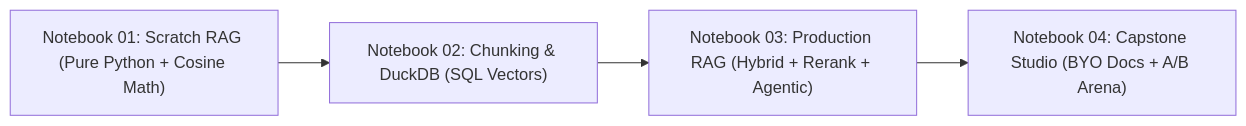
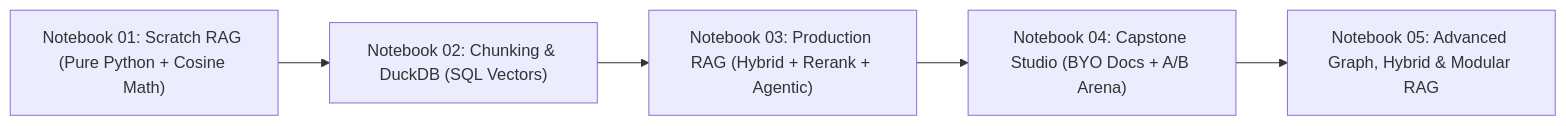
One commit to NewGuy012/rag-tutor changed the second of 2 diagrams in README.md. Above: the diagram before and after it, drawn with Mermaid. The commit also changed other lines of this file and 1 other file, not shown here.

Commit message:
docs: add Advanced Graph, Hybrid & Modular RAG section to guide and README

````diff
--- a/README.md
+++ b/README.md
@@ -54,6 +55,7 @@
 ```mermaid
 flowchart LR
     N1["Notebook 01: Scratch RAG (Pure Python + Cosine Math)"] --> N2["Notebook 02: Chunking & DuckDB (SQL Vectors)"]
     N2 --> N3["Notebook 03: Production RAG (Hybrid + Rerank + Agentic)"]
     N3 --> N4["Notebook 04: Capstone Studio (BYO Docs + A/B Arena)"]
+    N4 --> N5["Notebook 05: Advanced Graph, Hybrid & Modular RAG"]
 ```
````
